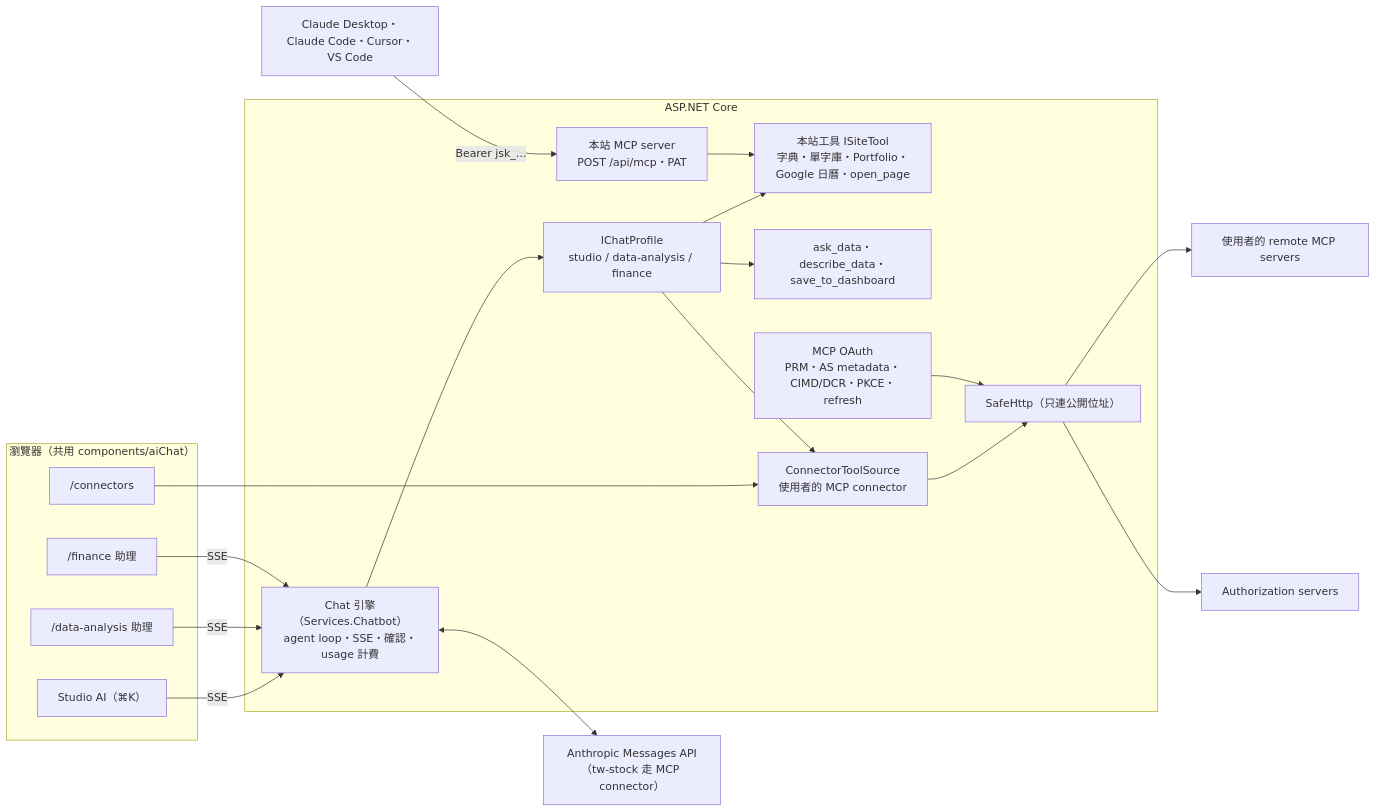
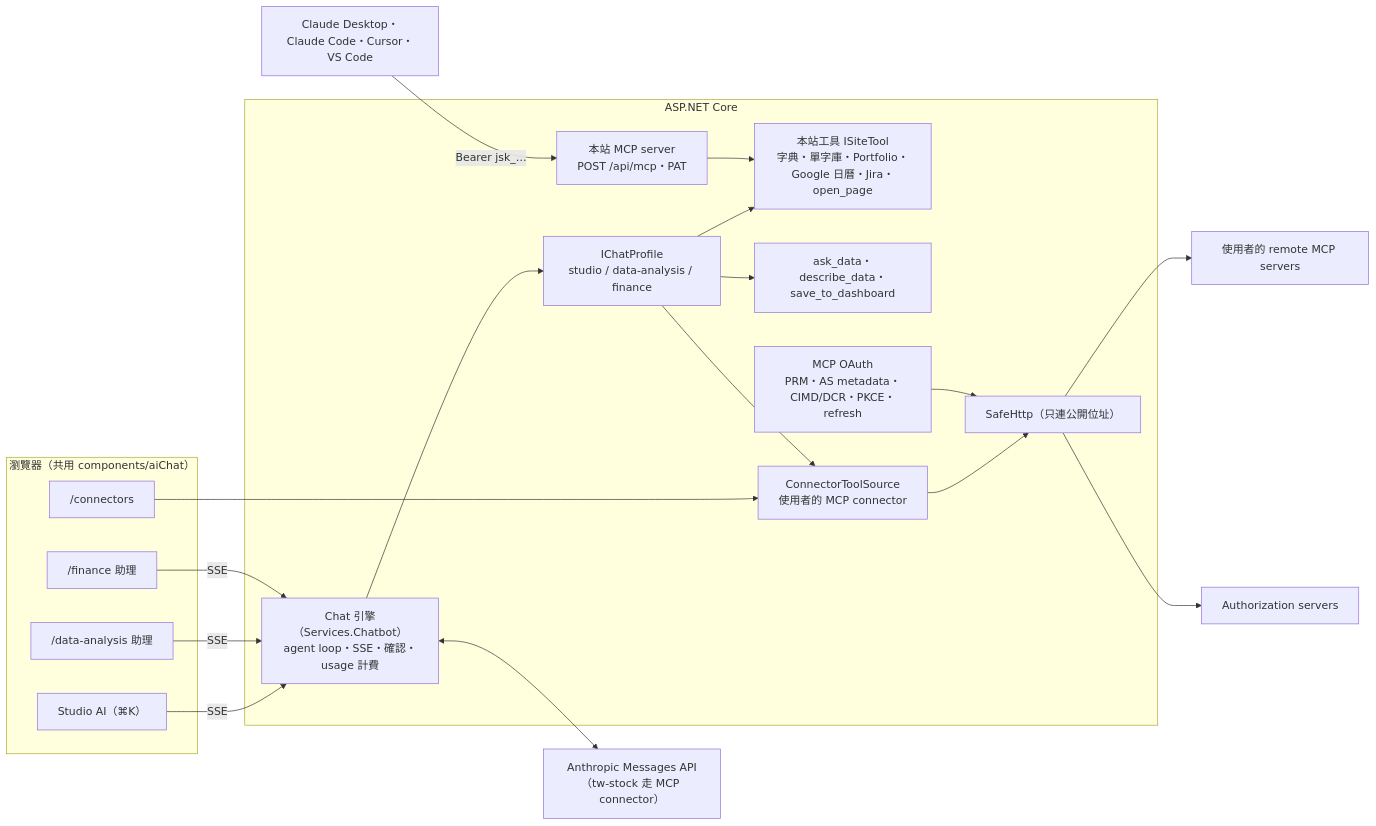
Before and after one commit to twjackysu/JackyAIApp: the diagram in docs/ai-native/SHOWCASE.md, drawn with Mermaid. The commit also changed other lines of this file and 5 other files, not shown here.

First line of the commit message:
docs(ai-native): SHOWCASE 加上 Jira（亮點、demo、截圖）與第 32 輪；截圖腳本 jira.cjs [skip ci]

````diff
--- a/docs/ai-native/SHOWCASE.md
+++ b/docs/ai-native/SHOWCASE.md
@@ -143,32 +146,32 @@
 ```mermaid
 flowchart LR
   subgraph Browser["瀏覽器（共用 components/aiChat）"]
     Studio["Studio AI（⌘K）"]
     DA["/data-analysis 助理"]
     Fin["/finance 助理"]
     Conn["/connectors"]
   end
   subgraph Server["ASP.NET Core"]
     Chat["Chat 引擎（Services.Chatbot）<br/>agent loop・SSE・確認・usage 計費"]
     Profiles["IChatProfile<br/>studio / data-analysis / finance"]
-    Site["本站工具 ISiteTool<br/>字典・單字庫・Portfolio・Google 日曆・open_page"]
+    Site["本站工具 ISiteTool<br/>字典・單字庫・Portfolio・Google 日曆・Jira・open_page"]
     DATools["ask_data・describe_data・save_to_dashboard"]
     CTS["ConnectorToolSource<br/>使用者的 MCP connector"]
     OAuth["MCP OAuth<br/>PRM・AS metadata・CIMD/DCR・PKCE・refresh"]
     Safe["SafeHttp（只連公開位址）"]
     SiteMcp["本站 MCP server<br/>POST /api/mcp・PAT"]
   end
   Others["Claude Desktop・Claude Code・Cursor・VS Code"]
   Anthropic["Anthropic Messages API<br/>（tw-stock 走 MCP connector）"]
   MCP["使用者的 remote MCP servers"]
   AS["Authorization servers"]
 
   Studio & DA & Fin -->|SSE| Chat
   Conn --> CTS
   Chat --> Profiles
   Profiles --> Site & DATools & CTS
   Chat <--> Anthropic
   CTS --> Safe --> MCP
   OAuth --> Safe --> AS
   Others -->|Bearer jsk_…| SiteMcp --> Site
 ```
````
